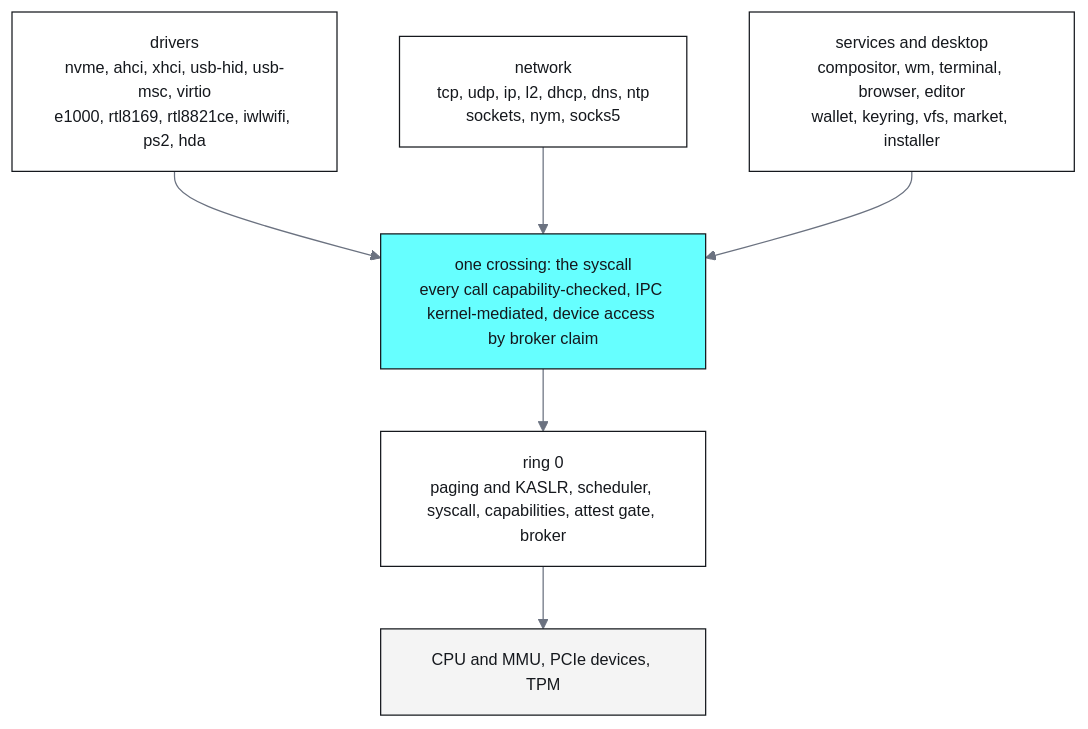
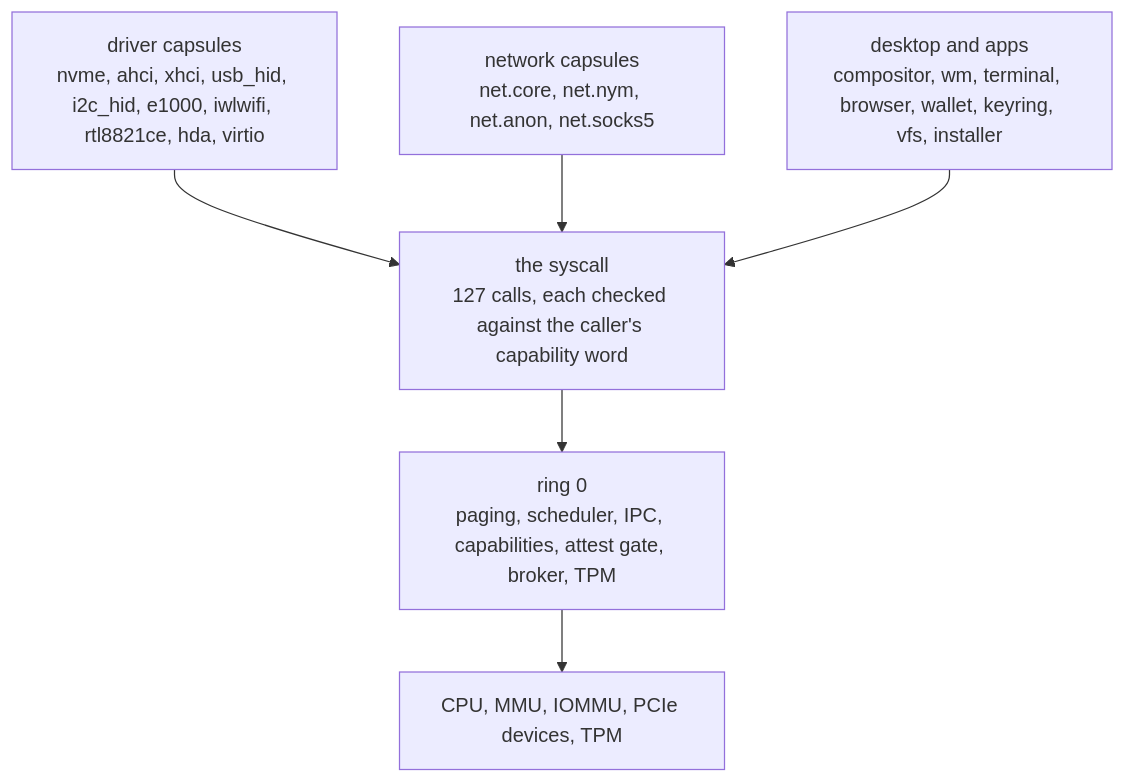
The first of 4 diagrams in README.md (NON-OS/microkernel), drawn with Mermaid before and after one commit. The commit also changed other lines of this file and 1 other file, not shown here.

````diff
--- a/README.md
+++ b/README.md
@@ -24,12 +44,9 @@
 ```mermaid
-%%{init: {'theme':'base','themeVariables':{'primaryColor':'#ffffff','primaryTextColor':'#15181d','primaryBorderColor':'#15181d','lineColor':'#6b7280','fontFamily':'ui-monospace, SFMono-Regular, Menlo, monospace','fontSize':'13px','noteBkgColor':'#f4f4f4','noteTextColor':'#15181d','noteBorderColor':'#15181d'}}}%%
 flowchart TB
-    drv["drivers<br/>nvme, ahci, xhci, usb-hid, usb-msc, virtio<br/>e1000, rtl8169, rtl8821ce, iwlwifi, ps2, hda"] --> b
-    net["network<br/>tcp, udp, ip, l2, dhcp, dns, ntp<br/>sockets, nym, socks5"] --> b
-    app["services and desktop<br/>compositor, wm, terminal, browser, editor<br/>wallet, keyring, vfs, market, installer"] --> b
-    b["one crossing: the syscall<br/>every call capability-checked, IPC kernel-mediated, device access by broker claim"]
-    b --> k0["ring 0<br/>paging and KASLR, scheduler, syscall, capabilities, attest gate, broker"]
-    k0 --> hw["CPU and MMU, PCIe devices, TPM"]
-    style b fill:#66FFFF,stroke:#15181d
-    style hw fill:#f4f4f4,stroke:#15181d
+ drv["driver capsules<br/>nvme, ahci, xhci, usb_hid, i2c_hid, e1000, iwlwifi, rtl8821ce, hda, virtio"] --> sc
+ net["network capsules<br/>net.core, net.nym, net.anon, net.socks5"] --> sc
+ app["desktop and apps<br/>compositor, wm, terminal, browser, wallet, keyring, vfs, installer"] --> sc
+ sc["the syscall<br/>127 calls, each checked against the caller's capability word"]
+ sc --> k["ring 0<br/>paging, scheduler, IPC, capabilities, attest gate, broker, TPM"]
+ k --> hw["CPU, MMU, IOMMU, PCIe devices, TPM"]
 ```
````
